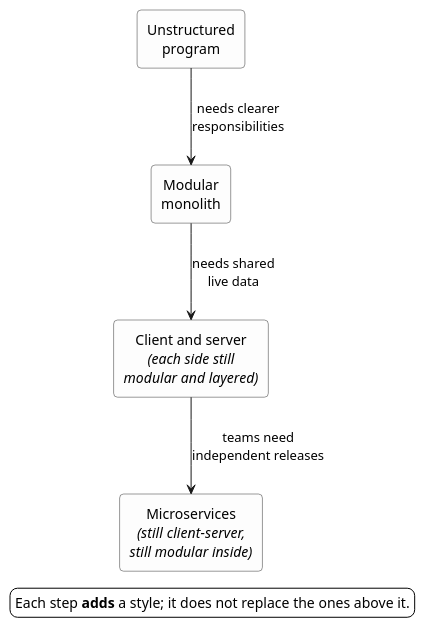
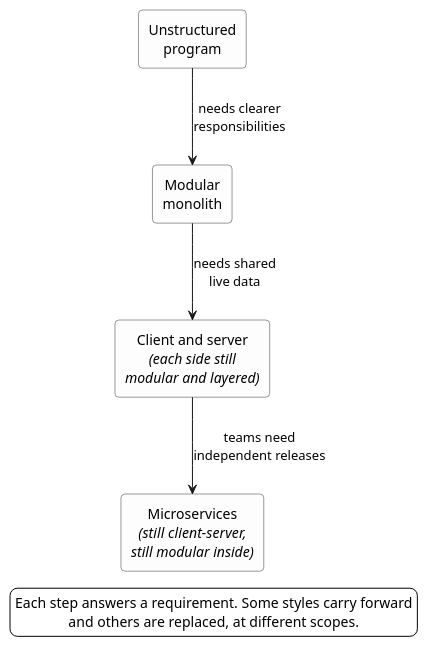
One commit to se-edu/se-book changed the diagram in architecture/architecturalStyles/more/usingStyles/images/architectureProgression.puml. Above: the diagram before and after it, drawn with PlantUML.

Commit message:
architecture: Correct the progression diagram's legend
"Each step adds a style; it does not replace the ones above it" is
false at both ends: structure replaces the unstructured program, and
microservices replace the monolithic deployment boundary even though
each service stays modular and layered. Styles combine or are
replaced at different scopes.

```diff
--- a/architecture/architecturalStyles/more/usingStyles/images/architectureProgression.puml
+++ b/architecture/architecturalStyles/more/usingStyles/images/architectureProgression.puml
@@ -1,21 +1,22 @@
 @startuml
 skinparam backgroundColor transparent
 skinparam shadowing false
 skinparam defaultTextAlignment center
 skinparam rectangle {
   BackgroundColor #FDFDFD
   BorderColor #333333
   roundCorner 8
 }
 top to bottom direction
 rectangle "Unstructured\nprogram" as a
 rectangle "Modular\nmonolith" as b
 rectangle "Client and server\n<i>(each side still</i>\n<i>modular and layered)</i>" as c
 rectangle "Microservices\n<i>(still client-server,</i>\n<i>still modular inside)</i>" as d
 a --> b : needs clearer\nresponsibilities
 b --> c : needs shared\nlive data
 c --> d : teams need\nindependent releases
 legend bottom
-  Each step <b>adds</b> a style; it does not replace the ones above it.
+  Each step answers a requirement. Some styles carry forward
+  and others are replaced, at different scopes.
 endlegend
 @enduml
```
